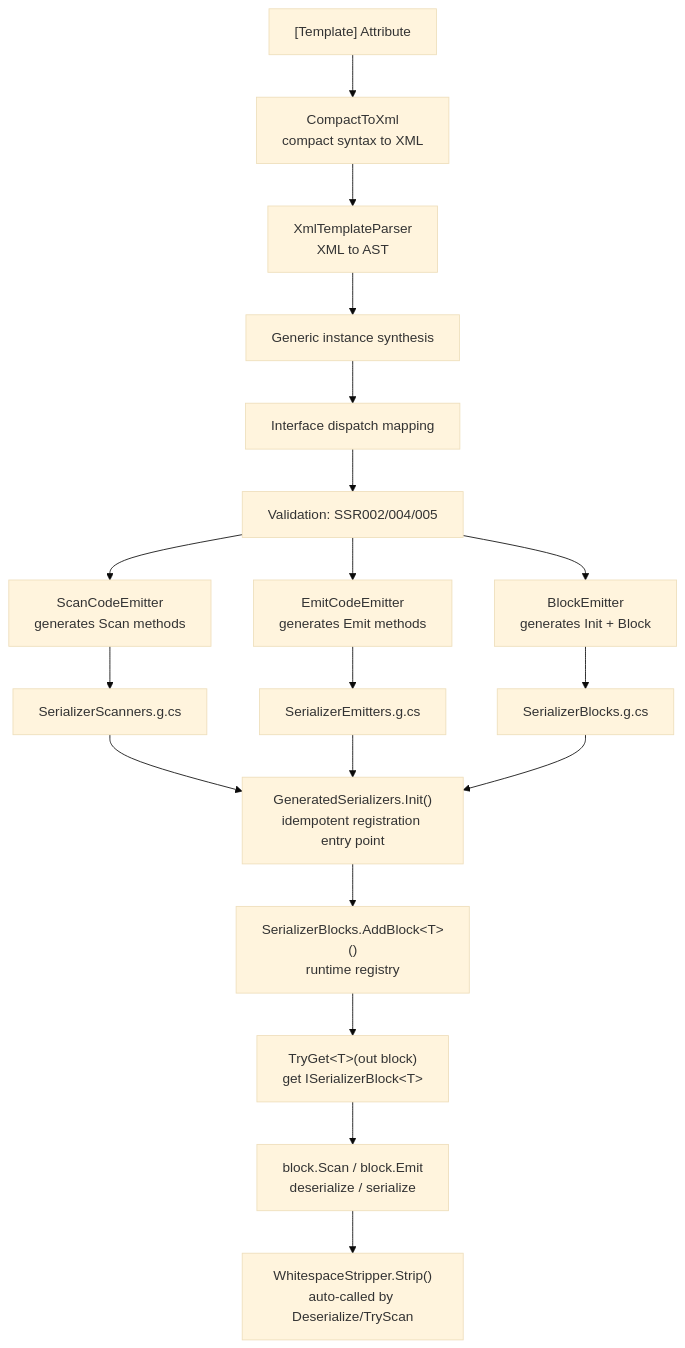
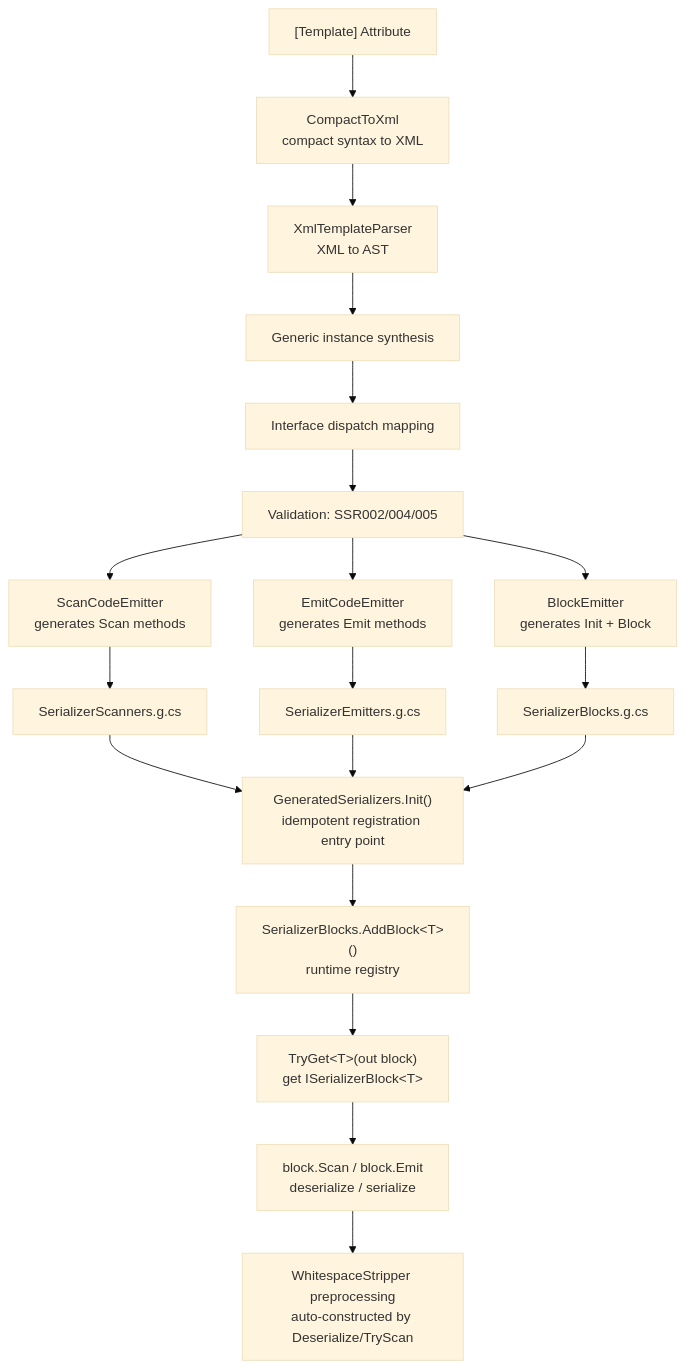
One commit to twds0x13/SourceSerializer changed the first of 2 diagrams in docs/en/guide/core-concepts.md. Above: the diagram before and after it, drawn with Mermaid (base theme). The commit also changed 26 other files, not shown here.

First line of the commit message:
refactor: replace WhitespaceStripper.Strip with ref struct + native memory

````diff
--- a/docs/en/guide/core-concepts.md
+++ b/docs/en/guide/core-concepts.md
@@ -9,21 +9,21 @@
 ```mermaid
 flowchart TD
     A["[Template] Attribute"] --> B["CompactToXml<br/>compact syntax to XML"]
     B --> C["XmlTemplateParser<br/>XML to AST"]
     C --> E["Generic instance synthesis"]
     E --> F["Interface dispatch mapping"]
     F --> G["Validation: SSR002/004/005"]
     G --> H["ScanCodeEmitter<br/>generates Scan methods"]
     G --> I["EmitCodeEmitter<br/>generates Emit methods"]
     G --> J["BlockEmitter<br/>generates Init + Block"]
     H --> K["SerializerScanners.g.cs"]
     I --> L["SerializerEmitters.g.cs"]
     J --> M["SerializerBlocks.g.cs"]
     K --> N["GeneratedSerializers.Init()<br/>idempotent registration entry point"]
     L --> N
     M --> N
     N --> O["SerializerBlocks.AddBlock&lt;T&gt;()<br/>runtime registry"]
     O --> P["TryGet&lt;T&gt;(out block)<br/>get ISerializerBlock&lt;T&gt;"]
     P --> Q["block.Scan / block.Emit<br/>deserialize / serialize"]
-    Q --> R["WhitespaceStripper.Strip()<br/>auto-called by Deserialize/TryScan"]
+    Q --> R["WhitespaceStripper preprocessing<br/>auto-constructed by Deserialize/TryScan"]
 ```
````
